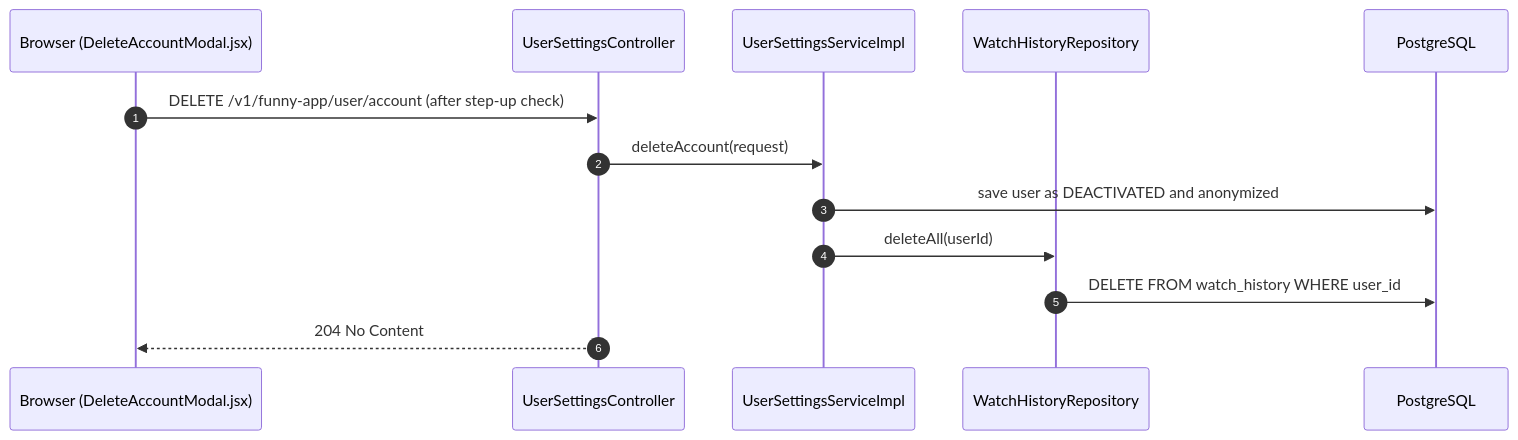
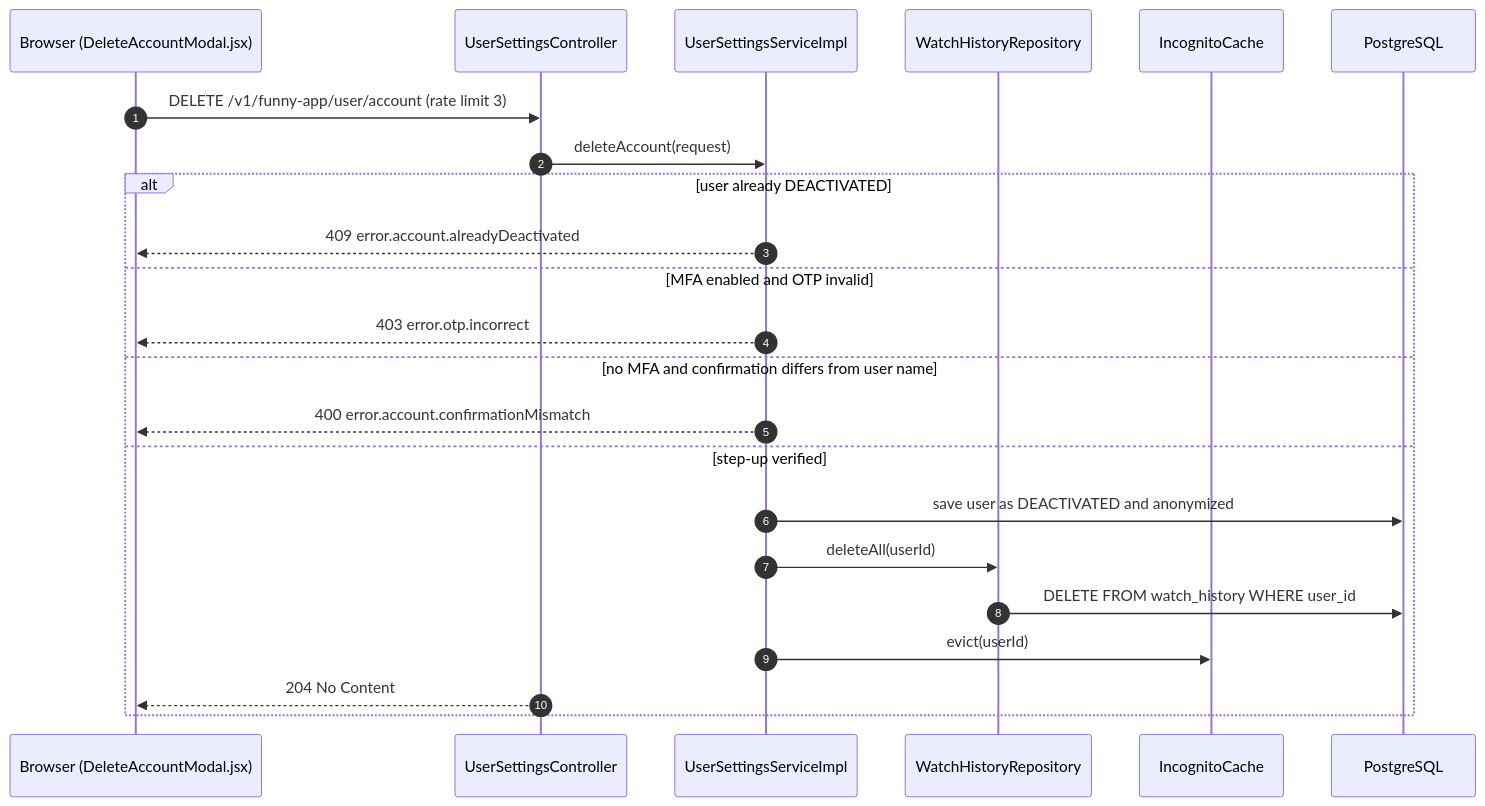
One commit to nguyenhuuca/assessment changed the fifth of 5 diagrams in docs/sequence/sequence-watch-history-v2.md. Above: the diagram before and after it, drawn with Mermaid. The commit also changed other lines of this file and 16 other files, not shown here.

First line of the commit message:
docs(sequence): bring all sequence diagrams in line with the current code

````diff
--- a/docs/sequence/sequence-watch-history-v2.md
+++ b/docs/sequence/sequence-watch-history-v2.md
@@ -187,16 +202,26 @@
 ```mermaid
 sequenceDiagram
     autonumber
     participant FE as Browser (DeleteAccountModal.jsx)
     participant SC as UserSettingsController
     participant SS as UserSettingsServiceImpl
     participant WR as WatchHistoryRepository
+    participant IC as IncognitoCache
     participant DB as PostgreSQL
 
-    FE->>SC: DELETE /v1/funny-app/user/account (after step-up check)
+    FE->>SC: DELETE /v1/funny-app/user/account (rate limit 3)
     SC->>SS: deleteAccount(request)
-    SS->>DB: save user as DEACTIVATED and anonymized
-    SS->>WR: deleteAll(userId)
-    WR->>DB: DELETE FROM watch_history WHERE user_id
-    SC-->>FE: 204 No Content
+    alt user already DEACTIVATED
+        SS-->>FE: 409 error.account.alreadyDeactivated
+    else MFA enabled and OTP invalid
+        SS-->>FE: 403 error.otp.incorrect
+    else no MFA and confirmation differs from user name
+        SS-->>FE: 400 error.account.confirmationMismatch
+    else step-up verified
+        SS->>DB: save user as DEACTIVATED and anonymized
+        SS->>WR: deleteAll(userId)
+        WR->>DB: DELETE FROM watch_history WHERE user_id
+        SS->>IC: evict(userId)
+        SC-->>FE: 204 No Content
+    end
 ```
````
